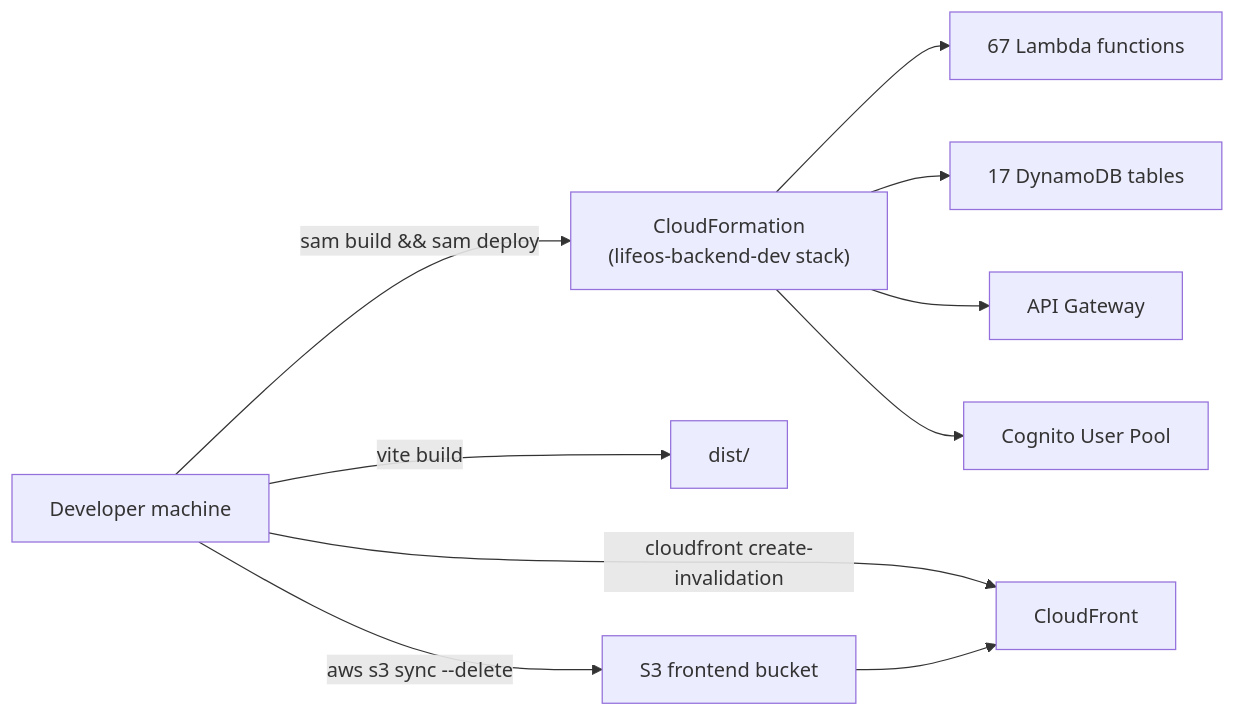
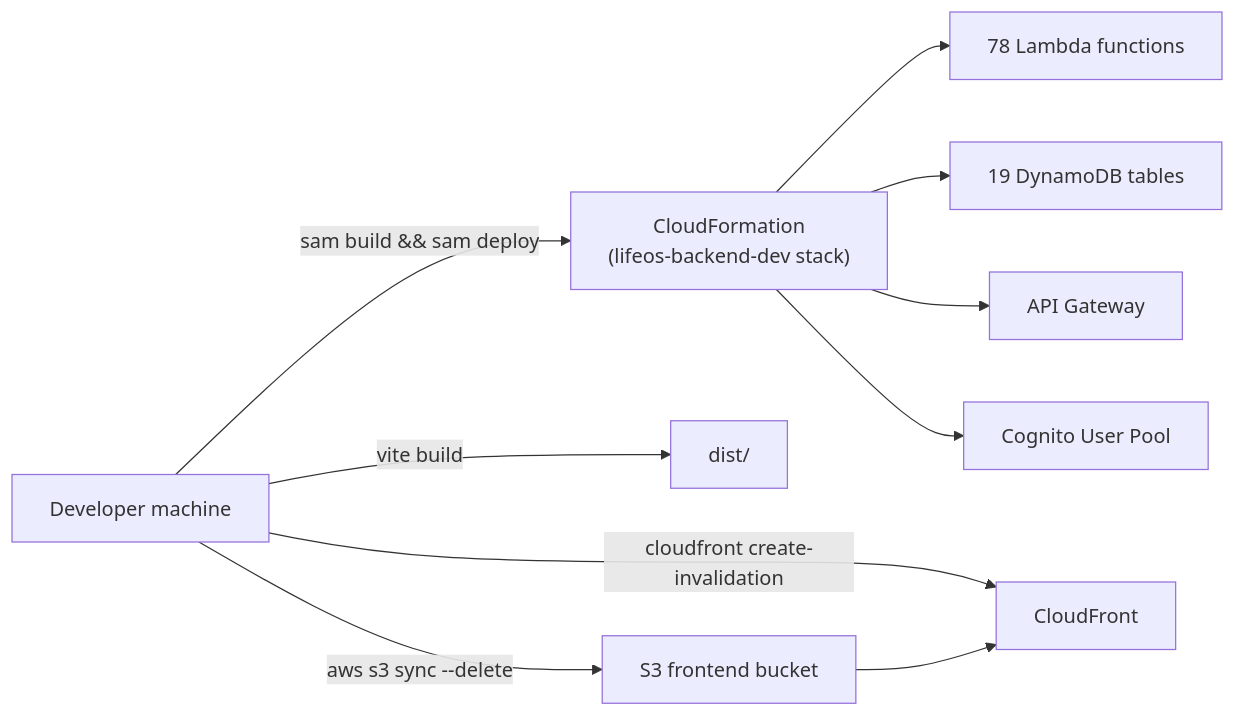
One commit to pragya0905/LifeOS changed the third of 8 diagrams in docs/HLD_LLD.md. Above: the diagram before and after it, drawn with Mermaid. The commit also changed other lines of this file and 2 other files, not shown here.

First line of the commit message:
Docs: add Timeline, reminders, and additive-field updates; correct stale counts

````diff
--- a/docs/HLD_LLD.md
+++ b/docs/HLD_LLD.md
@@ -223,12 +224,12 @@
 ```mermaid
 flowchart LR
     DEV["Developer machine"] -- "sam build && sam deploy" --> CFN["CloudFormation<br/>(lifeos-backend-dev stack)"]
-    CFN --> LAMBDAS["67 Lambda functions"]
-    CFN --> TABLES["17 DynamoDB tables"]
+    CFN --> LAMBDAS["78 Lambda functions"]
+    CFN --> TABLES["19 DynamoDB tables"]
     CFN --> APIGW["API Gateway"]
     CFN --> POOL["Cognito User Pool"]
     DEV -- "vite build" --> DIST["dist/"]
     DEV -- "aws s3 sync --delete" --> BUCKET["S3 frontend bucket"]
     DEV -- "cloudfront create-invalidation" --> CDN["CloudFront"]
     BUCKET --> CDN
 ```
````
